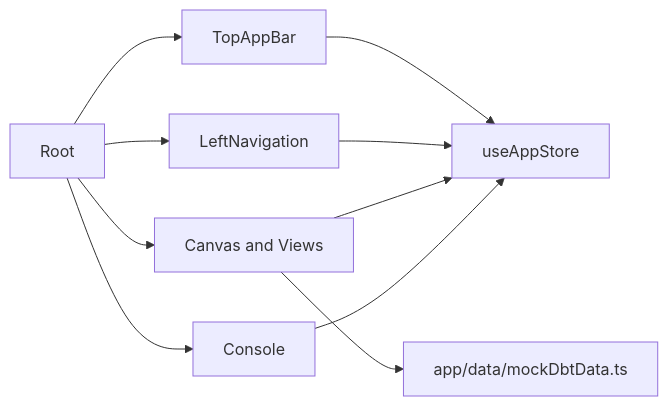
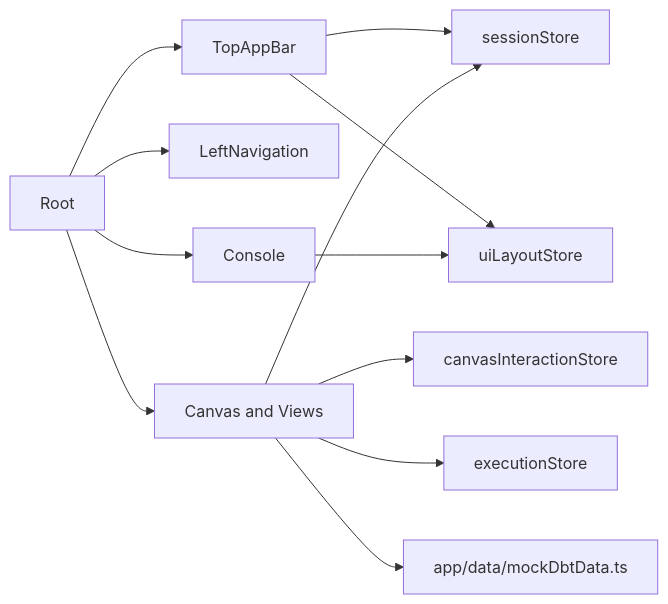
The first of 6 diagrams in docs/planning/state/lane-e-shell-baseline-target-guide.md (dunay2/dvt), drawn with Mermaid before and after one commit. The commit also changed other lines of this file and 21 other files, not shown here.

````diff
--- a/docs/planning/state/lane-e-shell-baseline-target-guide.md
+++ b/docs/planning/state/lane-e-shell-baseline-target-guide.md
@@ -150,14 +155,16 @@
 ```mermaid
 flowchart LR
   Root --> TopAppBar
   Root --> LeftNavigation
   Root --> Workspace[Canvas and Views]
   Root --> Console
 
-  TopAppBar --> AppStore[useAppStore]
-  LeftNavigation --> AppStore
-  Workspace --> AppStore
-  Console --> AppStore
+  TopAppBar --> Session[sessionStore]
+  TopAppBar --> Layout[uiLayoutStore]
+  Workspace --> Session
+  Workspace --> CanvasStore[canvasInteractionStore]
+  Workspace --> Execution[executionStore]
+  Console --> Layout
 
   Workspace --> MockData[app/data/mockDbtData.ts]
 ```
````
